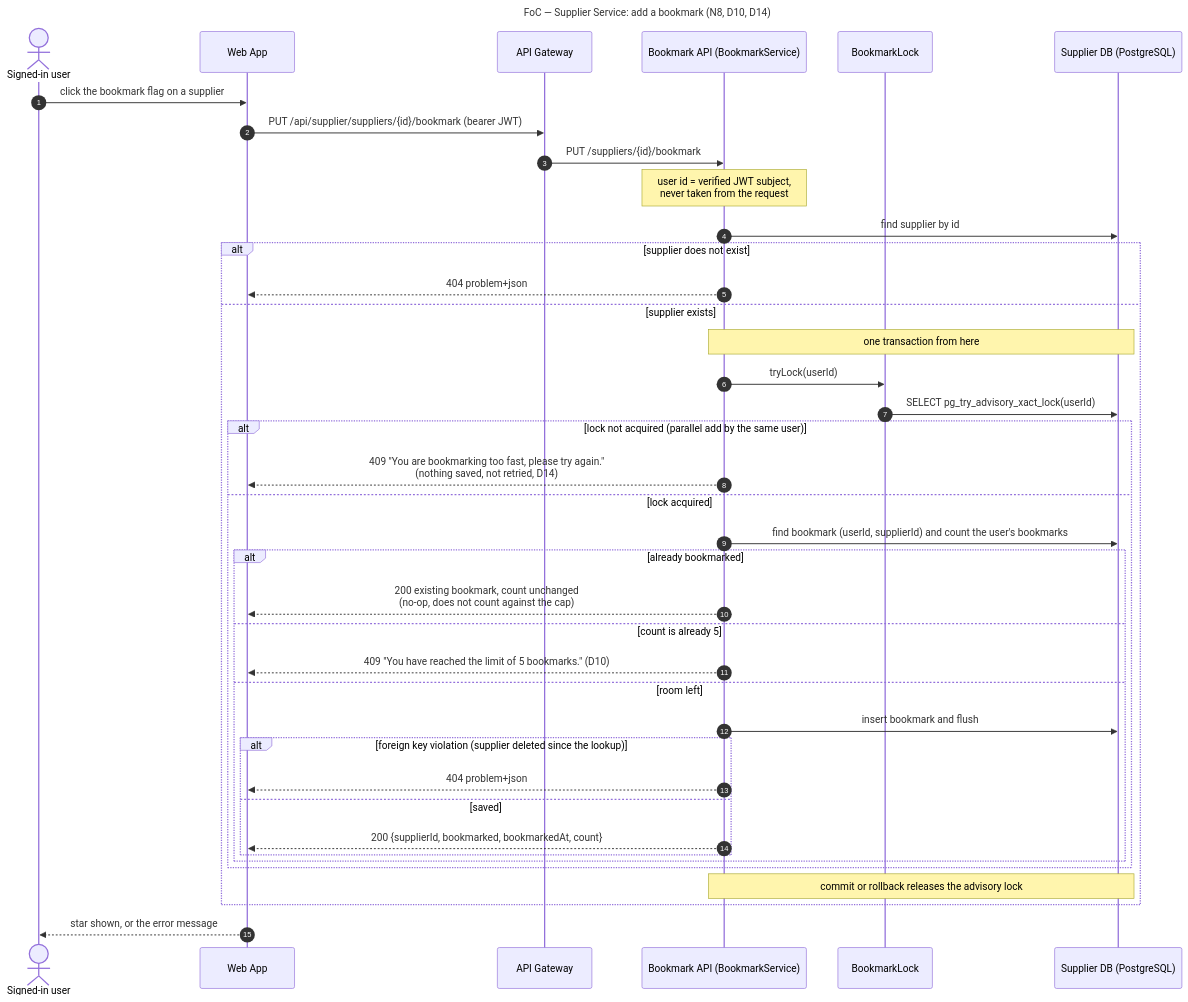
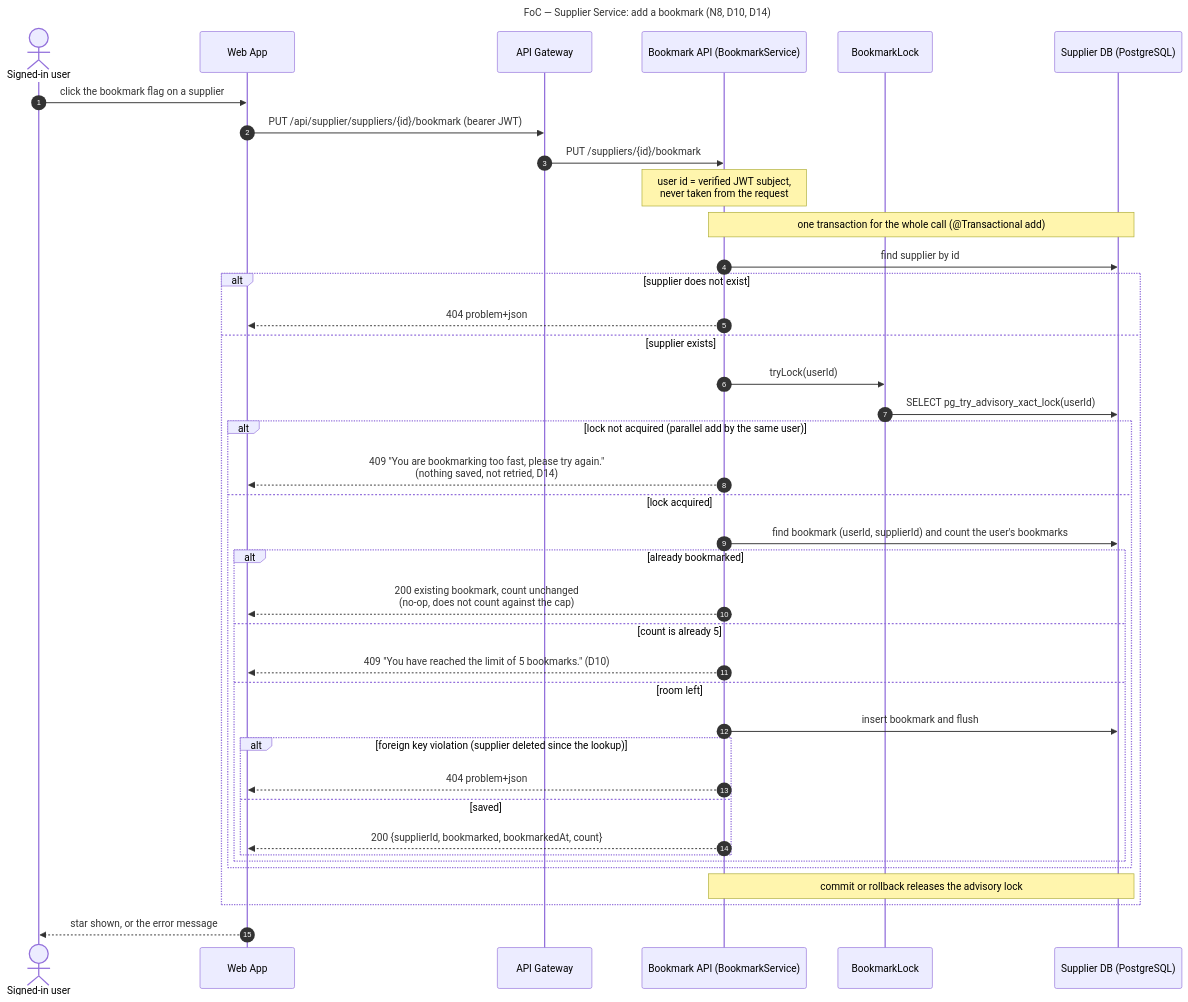
Before and after one commit to AY2627S1-CS3219-P23/foc: the diagram in docs/supplier-service-bookmark-add.mmd, drawn with Mermaid. The commit also changed 6 other files, not shown here.

First line of the commit message:
docs(supplier): fix purge failure branch and wording from PR #328 review (#326)

```diff
--- a/docs/supplier-service-bookmark-add.mmd
+++ b/docs/supplier-service-bookmark-add.mmd
@@ -1,51 +1,53 @@
 ---
 title: "FoC — Supplier Service: add a bookmark (N8, D10, D14)"
 ---
 %% AI-assisted (CS3219 AI Usage Policy disclosure):
 %% Tool: Claude Code (Sonnet 5.5), 2026-11-10, issue #326.
 %% Scope: sequence diagram of PUT /suppliers/{id}/bookmark, transcribed from
 %% BookmarkController, BookmarkService and BookmarkLock and from the
 %% author's decisions D10 (cap of 5, 409) and D14 (per-user advisory lock,
 %% 409 "too fast", not retried) in docs/supplier-service.md. Transcription
 %% only; no design decision made by the tool.
 %% Author review: Alastair Tan Choon Wei to review via pull request.
+%% 2026-11-10 (Claude Code, Opus 5.5), PR #328 review: transaction note
+%% moved above the supplier lookup. Author review: Leong Wei Zhi.
 sequenceDiagram
     autonumber
     actor U as Signed-in user
     participant W as Web App
     participant G as API Gateway
     participant B as Bookmark API (BookmarkService)
     participant L as BookmarkLock
     participant DB as Supplier DB (PostgreSQL)
 
     U->>W: click the bookmark flag on a supplier
     W->>G: PUT /api/supplier/suppliers/{id}/bookmark (bearer JWT)
     G->>B: PUT /suppliers/{id}/bookmark
     Note over B: user id = verified JWT subject,<br/>never taken from the request
+    Note over B,DB: one transaction for the whole call (@Transactional add)
     B->>DB: find supplier by id
     alt supplier does not exist
         B-->>W: 404 problem+json
     else supplier exists
-        Note over B,DB: one transaction from here
         B->>L: tryLock(userId)
         L->>DB: SELECT pg_try_advisory_xact_lock(userId)
         alt lock not acquired (parallel add by the same user)
             B-->>W: 409 "You are bookmarking too fast, please try again."<br/>(nothing saved, not retried, D14)
         else lock acquired
             B->>DB: find bookmark (userId, supplierId) and count the user's bookmarks
             alt already bookmarked
                 B-->>W: 200 existing bookmark, count unchanged<br/>(no-op, does not count against the cap)
             else count is already 5
                 B-->>W: 409 "You have reached the limit of 5 bookmarks." (D10)
             else room left
                 B->>DB: insert bookmark and flush
                 alt foreign key violation (supplier deleted since the lookup)
                     B-->>W: 404 problem+json
                 else saved
                     B-->>W: 200 {supplierId, bookmarked, bookmarkedAt, count}
                 end
             end
         end
         Note over B,DB: commit or rollback releases the advisory lock
     end
     W-->>U: star shown, or the error message
```
